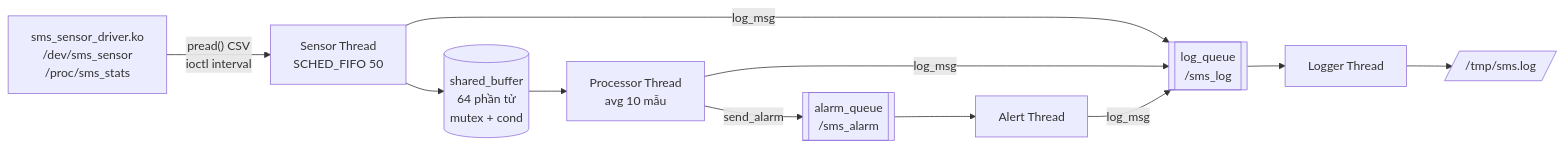
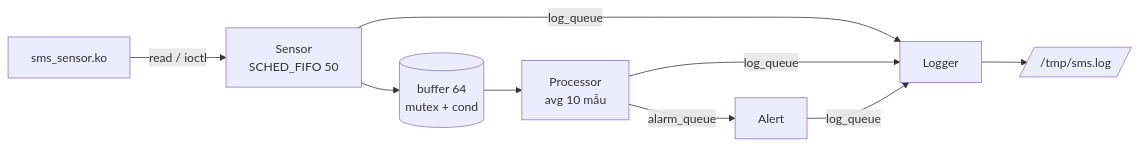
The diagram in Assignment-2/README.md (battousai1504-semi/Linux-operation-system---Labs-and-Assigments), drawn with Mermaid before and after one commit. The commit also changed other lines of this file and 16 other files, not shown here.

````diff
--- a/Assignment-2/README.md
+++ b/Assignment-2/README.md
@@ -34,15 +18,7 @@
 ```mermaid
 flowchart LR
-    DRV["sms_sensor_driver.ko<br/>/dev/sms_sensor<br/>/proc/sms_stats"]
-    S["Sensor Thread<br/>SCHED_FIFO 50"]
-    CB[("shared_buffer<br/>64 phần tử<br/>mutex + cond")]
-    P["Processor Thread<br/>avg 10 mẫu"]
-    AQ[["alarm_queue<br/>/sms_alarm"]]
-    A["Alert Thread"]
-    LQ[["log_queue<br/>/sms_log"]]
-    L["Logger Thread"]
-    F[/"/tmp/sms.log"/]
-    DRV -- "pread() CSV<br/>ioctl interval" --> S --> CB --> P
-    P -- send_alarm --> AQ --> A
-    S & P & A -- log_msg --> LQ --> L --> F
+    DRV["sms_sensor.ko"] -- "read / ioctl" --> S["Sensor<br/>SCHED_FIFO 50"]
+    S --> CB[("buffer 64<br/>mutex + cond")] --> P["Processor<br/>avg 10 mẫu"]
+    P -- alarm_queue --> A["Alert"]
+    S & P & A -- log_queue --> L["Logger"] --> F[/"/tmp/sms.log"/]
 ```
````
